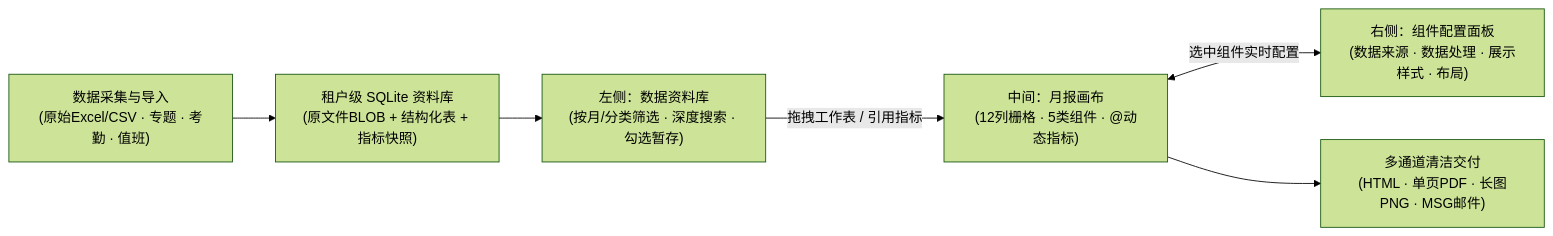
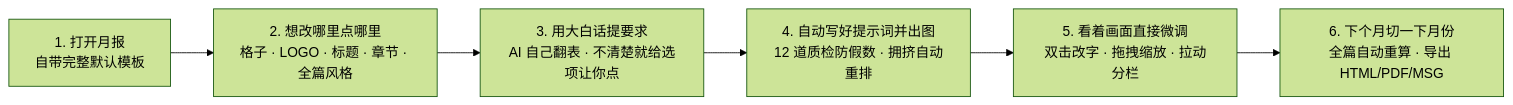
The diagram in tools-platform/docs/monthly-designer.md (fanxiaolongx-max/Dragon-Platform), drawn with Mermaid (forest theme) before and after one commit. The commit also changed other lines of this file and 264 other files, not shown here.

````diff
--- a/tools-platform/docs/monthly-designer.md
+++ b/tools-platform/docs/monthly-designer.md
@@ -58,8 +12,8 @@
 ```mermaid
 flowchart LR
-    A["数据采集与导入<br/>(原始Excel/CSV · 专题 · 考勤 · 值班)"] --> B["租户级 SQLite 资料库<br/>(原文件BLOB + 结构化表 + 指标快照)"]
-    B --> C["左侧：数据资料库<br/>(按月/分类筛选 · 深度搜索 · 勾选暂存)"]
-    C -->|"拖拽工作表 / 引用指标"| D["中间：月报画布<br/>(12列栅格 · 5类组件 · @动态指标)"]
-    D <-->|"选中组件实时配置"| E["右侧：组件配置面板<br/>(数据来源 · 数据处理 · 展示样式 · 布局)"]
-    D --> F["多通道清洁交付<br/>(HTML · 单页PDF · 长图PNG · MSG邮件)"]
+    A["1. 打开月报<br/>自带完整默认模板"] --> B["2. 想改哪里点哪里<br/>格子 · LOGO · 标题 · 章节 · 全篇风格"]
+    B --> C["3. 用大白话提要求<br/>AI 自己翻表 · 不清楚就给选项让你点"]
+    C --> D["4. 自动写好提示词并出图<br/>12 道质检防假数 · 拥挤自动重排"]
+    D --> E["5. 看着画面直接微调<br/>双击改字 · 拖拽缩放 · 拉动分栏"]
+    E --> F["6. 下个月切一下月份<br/>全篇自动重算 · 导出 HTML/PDF/MSG"]
 ```
````
